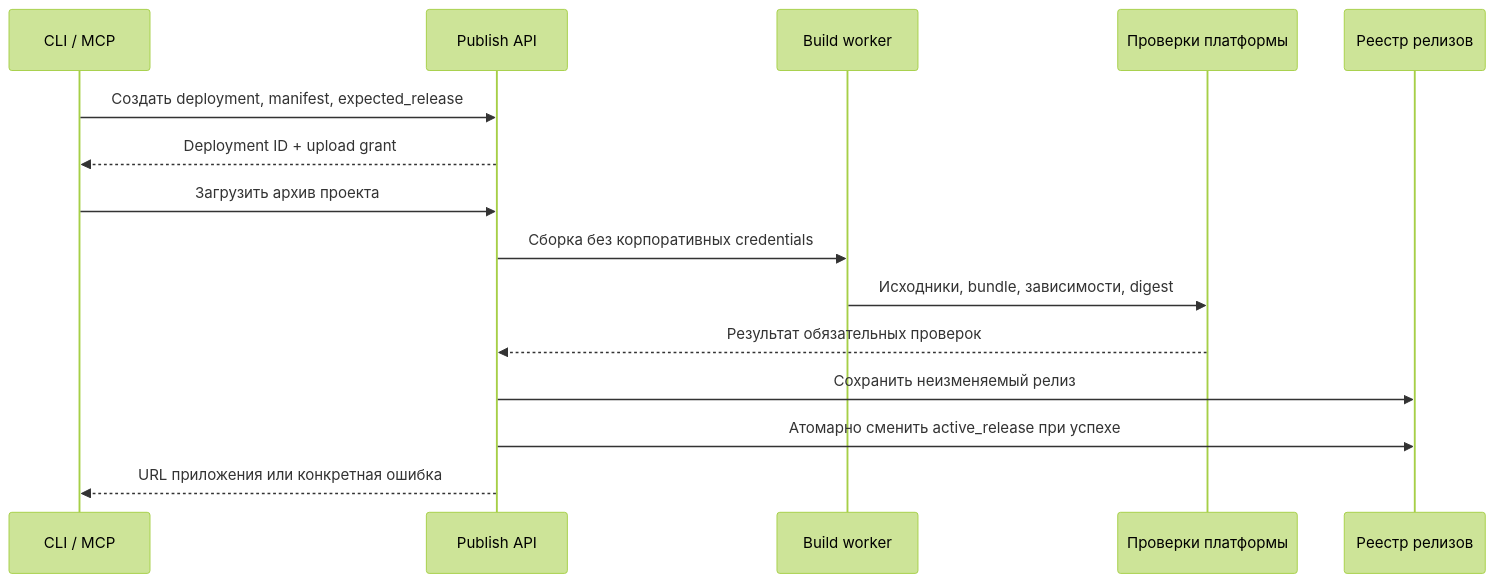
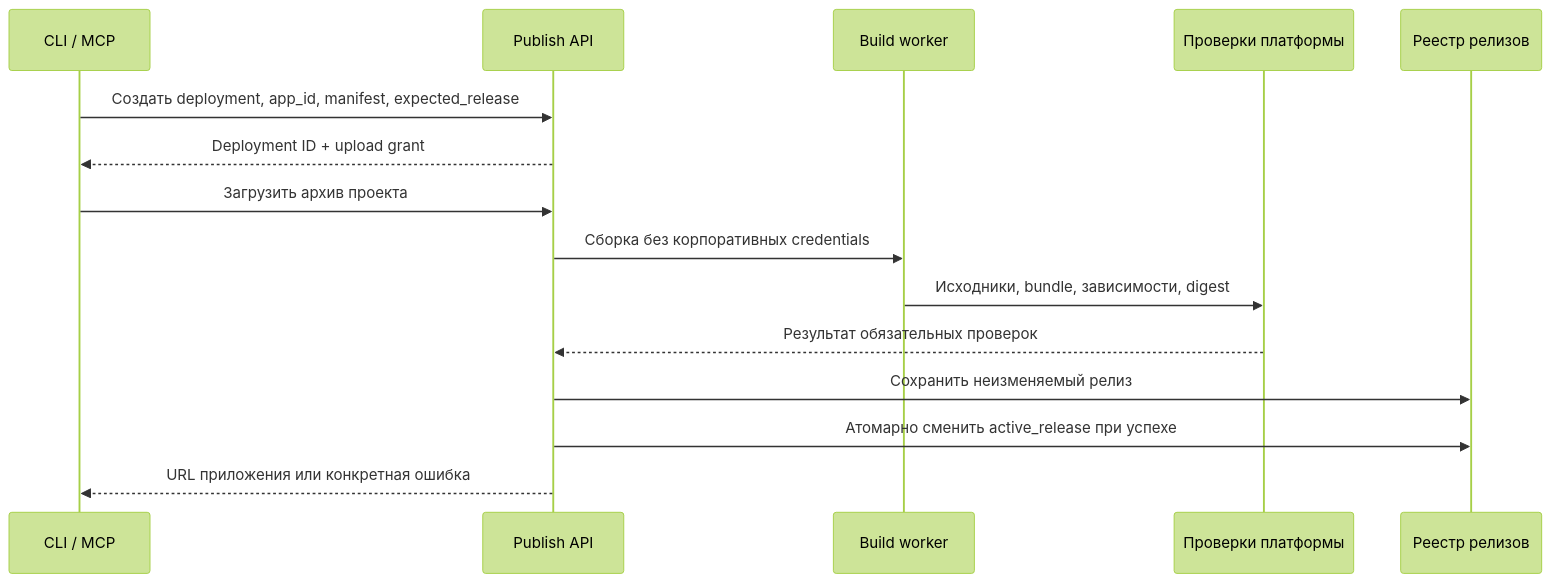
One commit to sofiyagpu/CoShip changed the second of 2 diagrams in docs/architecture.md. Above: the diagram before and after it, drawn with Mermaid (forest theme). The commit also changed other lines of this file and 1 other file, not shown here.

````diff
--- a/docs/architecture.md
+++ b/docs/architecture.md
@@ -266,17 +275,17 @@
 ```mermaid
 sequenceDiagram
     participant Agent as CLI / MCP
     participant API as Publish API
     participant Build as Build worker
     participant Scan as Проверки платформы
     participant DB as Реестр релизов
-    Agent->>API: Создать deployment, manifest, expected_release
+    Agent->>API: Создать deployment, app_id, manifest, expected_release
     API-->>Agent: Deployment ID + upload grant
     Agent->>API: Загрузить архив проекта
     API->>Build: Сборка без корпоративных credentials
     Build->>Scan: Исходники, bundle, зависимости, digest
     Scan-->>API: Результат обязательных проверок
     API->>DB: Сохранить неизменяемый релиз
     API->>DB: Атомарно сменить active_release при успехе
     API-->>Agent: URL приложения или конкретная ошибка
 ```
````
